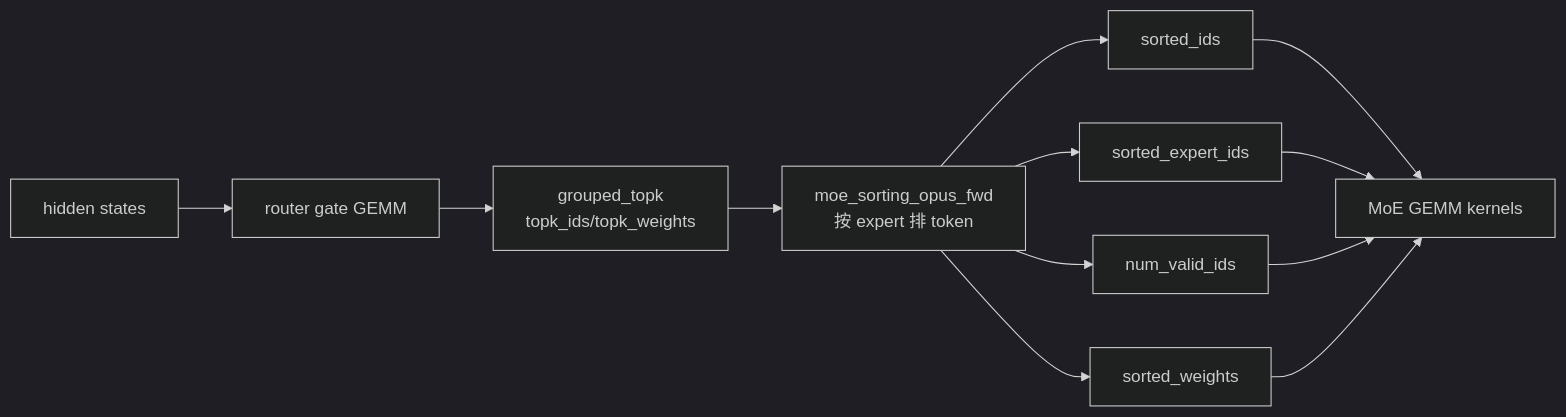
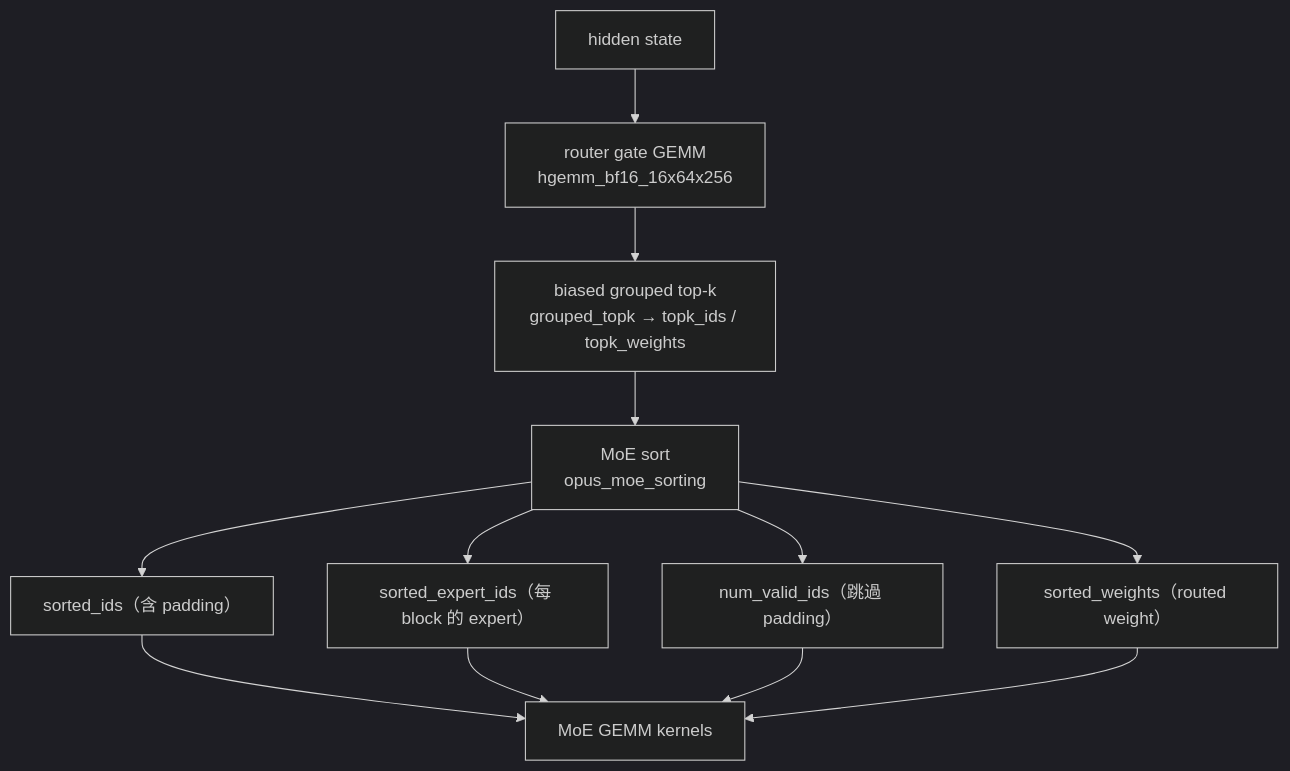
One commit to youyun8/deep-kernel-handbook changed the second of 2 diagrams in docs/aiter/index.md. Above: the diagram before and after it, drawn with Mermaid (dark theme). The commit also changed other lines of this file and 12 other files, not shown here.

````diff
--- a/docs/aiter/index.md
+++ b/docs/aiter/index.md
@@ -147,14 +248,15 @@
 ```mermaid
-flowchart LR
-  H[hidden states] --> RG[router gate GEMM]
-  RG --> TOPK[grouped_topk<br/>topk_ids/topk_weights]
-  TOPK --> SORT[moe_sorting_opus_fwd<br/>按 expert 排 token]
-  SORT --> SID[sorted_ids]
-  SORT --> SEID[sorted_expert_ids]
-  SORT --> NVID[num_valid_ids]
-  SORT --> W[sorted_weights]
-  SID --> GEMM[MoE GEMM kernels]
+flowchart TB
+  H["hidden state"] --> RG["router gate GEMM<br/>hgemm_bf16_16x64x256"]
+  RG --> TOPK["biased grouped top-k<br/>grouped_topk → topk_ids / topk_weights"]
+  TOPK --> SORT["MoE sort<br/>opus_moe_sorting"]
+  SORT --> SID["sorted_ids（含 padding）"]
+  SORT --> SEID["sorted_expert_ids（每 block 的 expert）"]
+  SORT --> NVID["num_valid_ids（跳過 padding）"]
+  SORT --> W["sorted_weights（routed weight）"]
+  SID --> GEMM["MoE GEMM kernels"]
   SEID --> GEMM
   NVID --> GEMM
   W --> GEMM
+  class GEMM flagship;
 ```
````
